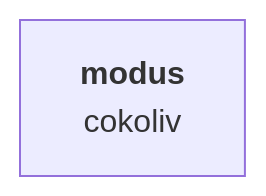
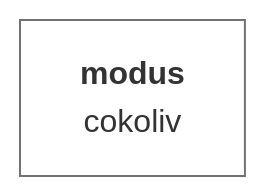
One commit to muzikp/retusa changed the third of 23 diagrams in docs/cs-CZ/vector.md. Above: the diagram before and after it, drawn with Mermaid. The commit also changed other lines of this file and 17 other files, not shown here.

````diff
--- a/docs/cs-CZ/vector.md
+++ b/docs/cs-CZ/vector.md
@@ -83,4 +89,7 @@
 ```mermaid
 graph TD
-A[<b>modus<br></b>cokoliv]
+mode[<b>modus<br></b>cokoliv]
+style mode fill:#FFFFFF;
+style mode stroke:#75716F;
+
 ```
````
